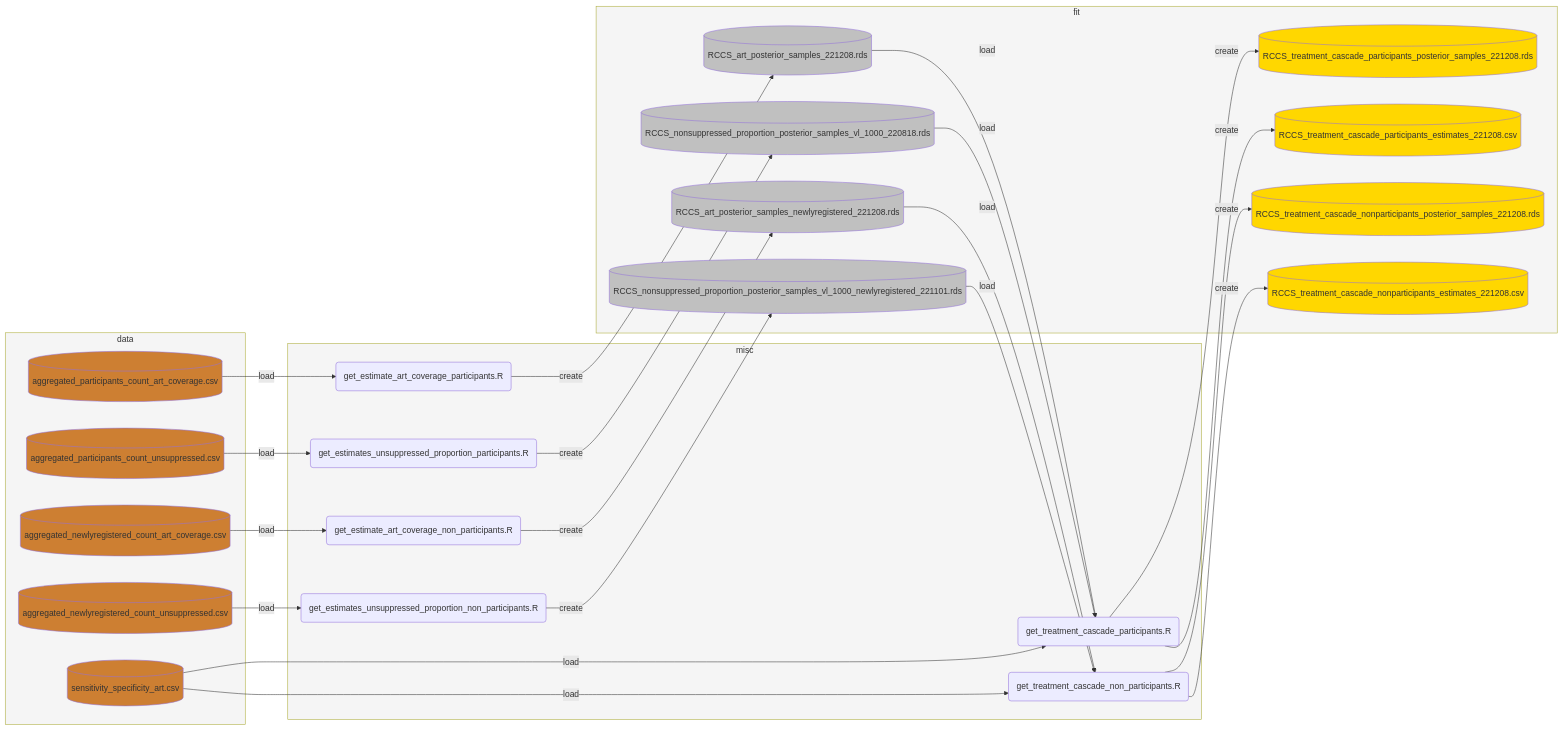
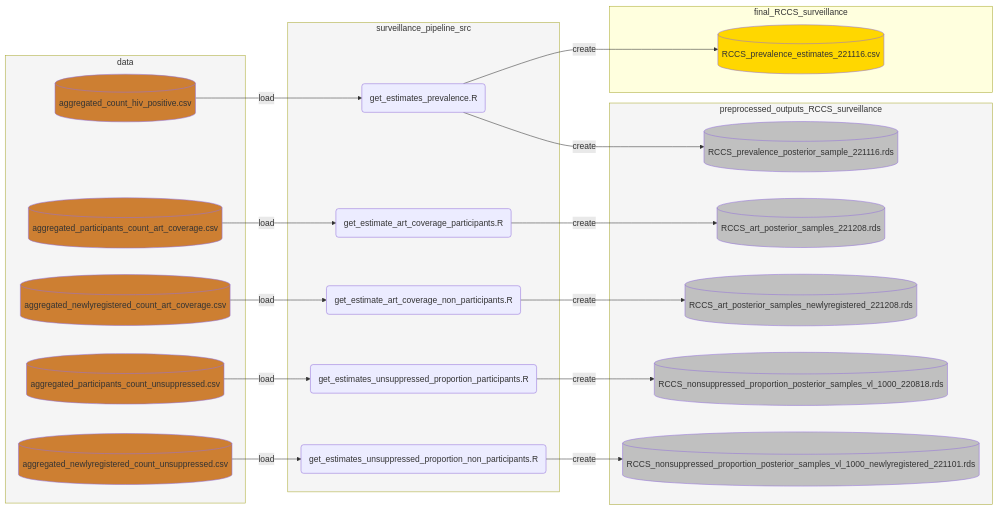
Before and after one commit to MLGlobalHealth/phyloSI-RakaiAgeGender: the first of 3 diagrams in docs/README.md, drawn with Mermaid. The commit also changed other lines of this file and 3 other files, not shown here.

Commit message:
[update] code clean up, update flowchart, debug

````diff
--- a/docs/README.md
+++ b/docs/README.md
@@ -5,73 +5,62 @@
 ```mermaid
   flowchart LR
     subgraph data
+      d5[(aggregated_count_hiv_positive.csv)]
       d1[(aggregated_participants_count_art_coverage.csv)]
       d2[(aggregated_newlyregistered_count_art_coverage.csv)]
       d3[(aggregated_participants_count_unsuppressed.csv)]
       d4[(aggregated_newlyregistered_count_unsuppressed.csv)]
-      d5[(sensitivity_specificity_art.csv)]
     end
     style d1 fill:#CD7F32
     style d2 fill:#CD7F32
     style d3 fill:#CD7F32
     style d4 fill:#CD7F32
     style d5 fill:#CD7F32
     style data fill:#F5F5F5
 
-    subgraph misc
+    subgraph surveillance_pipeline_src
+      r5(get_estimates_prevalence.R)
       r1(get_estimate_art_coverage_participants.R)
       r2(get_estimate_art_coverage_non_participants.R)
       r3(get_estimates_unsuppressed_proportion_participants.R)
       r4(get_estimates_unsuppressed_proportion_non_participants.R)
-      r5(get_treatment_cascade_participants.R)
-      r6(get_treatment_cascade_non_participants.R)
     end
-    style misc fill:#F5F5F5
+    style surveillance_pipeline_src fill:#F5F5F5
 
-    subgraph fit
+    subgraph preprocessed_outputs_RCCS_surveillance
+      f5[(RCCS_prevalence_posterior_sample_221116.rds)]
+      
       f1[(RCCS_art_posterior_samples_221208.rds)]
       f2[(RCCS_art_posterior_samples_newlyregistered_221208.rds)] 
       f3[(RCCS_nonsuppressed_proportion_posterior_samples_vl_1000_220818.rds)]
-      f4[(RCCS_nonsuppressed_proportion_posterior_samples_vl_1000_newlyregistered_221101.rds)]
+      f4[(RCCS_nonsuppressed_proportion_posterior_samples_vl_1000_newlyregistered_221101.rds)]      
+    end
 
-      f5[(RCCS_treatment_cascade_participants_posterior_samples_221208.rds)]
-      f6[(RCCS_treatment_cascade_participants_estimates_221208.csv)]
+    subgraph final_RCCS_surveillance
+      f6[(RCCS_prevalence_estimates_221116.csv)]
+    end
 
-      f7[(RCCS_treatment_cascade_nonparticipants_posterior_samples_221208.rds)]
-      f8[(RCCS_treatment_cascade_nonparticipants_estimates_221208.csv)]      
-    end
     style f1 fill:#C0C0C0
     style f2 fill:#C0C0C0
     style f3 fill:#C0C0C0
     style f4 fill:#C0C0C0
-
-    style f5 fill:#FFD700
+    style f5 fill:#C0C0C0
     style f6 fill:#FFD700
-    style f7 fill:#FFD700
-    style f8 fill:#FFD700
-    style fit fill:#F5F5F5
+    style preprocessed_outputs_RCCS_surveillance fill:#F5F5F5
 
     d1 -- load --> r1
     r1 -- create --> f1
 
     d2 -- load --> r2
     r2 -- create --> f2
 
     d3 -- load --> r3
     r3 -- create --> f3
 
     d4 -- load --> r4
     r4 -- create --> f4
 
     d5 -- load --> r5
-    f1 -- load --> r5
-    f3 -- load --> r5
     r5 -- create --> f5
     r5 -- create --> f6
-
-    d5 -- load --> r6
-    f2 -- load --> r6
-    f4 -- load --> r6
-    r6 -- create --> f7
-    r6 -- create --> f8
 ```
````
